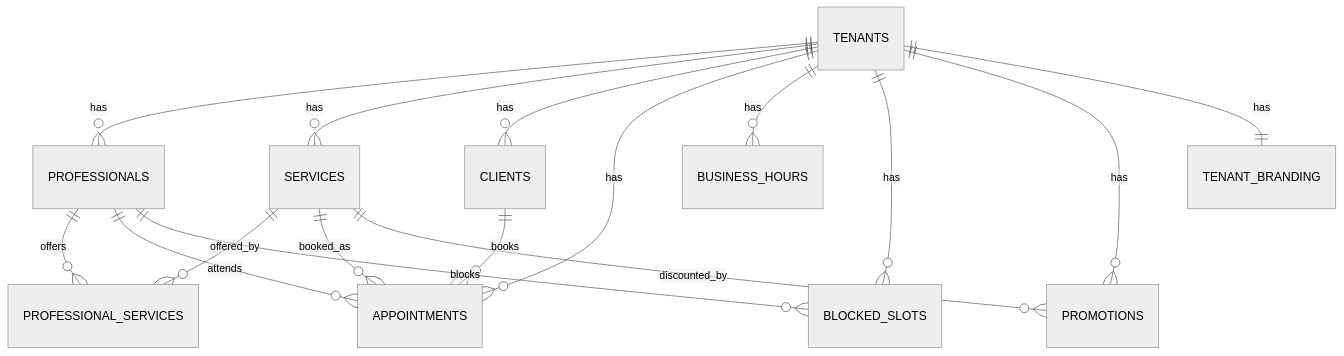
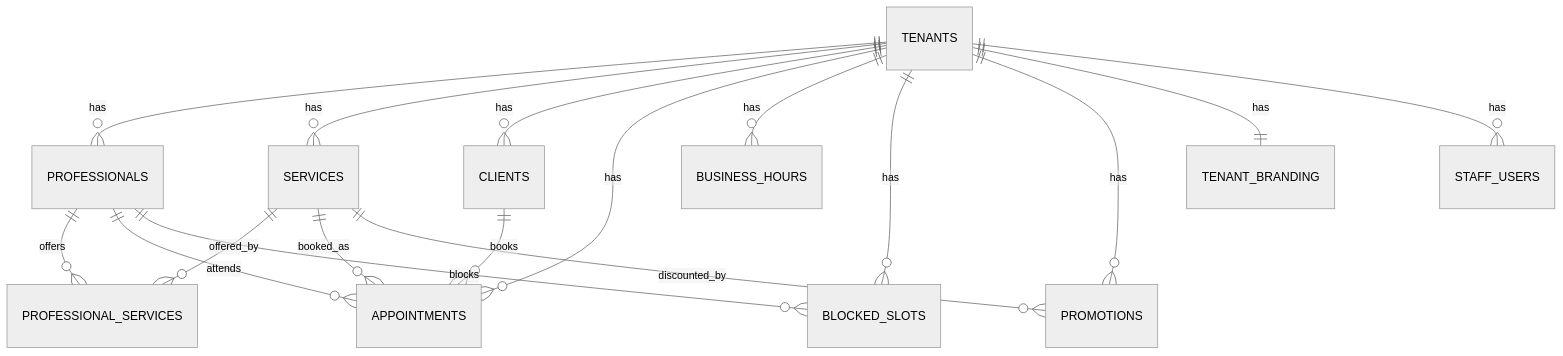
The diagram in docs/DATABASE.md (osvoips/Agenda360), drawn with Mermaid (neutral theme) before and after one commit. The commit also changed other lines of this file and 56 other files, not shown here.

````diff
--- a/docs/DATABASE.md
+++ b/docs/DATABASE.md
@@ -23,22 +23,23 @@
 ```mermaid
 erDiagram
     TENANTS ||--o{ PROFESSIONALS : has
     TENANTS ||--o{ SERVICES : has
     TENANTS ||--o{ CLIENTS : has
     TENANTS ||--o{ APPOINTMENTS : has
     TENANTS ||--o{ BUSINESS_HOURS : has
     TENANTS ||--o{ BLOCKED_SLOTS : has
     TENANTS ||--o{ PROMOTIONS : has
     TENANTS ||--|| TENANT_BRANDING : has
+    TENANTS ||--o{ STAFF_USERS : has
 
     PROFESSIONALS ||--o{ PROFESSIONAL_SERVICES : offers
     SERVICES ||--o{ PROFESSIONAL_SERVICES : offered_by
 
     PROFESSIONALS ||--o{ APPOINTMENTS : attends
     SERVICES ||--o{ APPOINTMENTS : booked_as
     CLIENTS ||--o{ APPOINTMENTS : books
 
     PROFESSIONALS ||--o{ BLOCKED_SLOTS : blocks
 
     SERVICES ||--o{ PROMOTIONS : discounted_by
 ```
````
